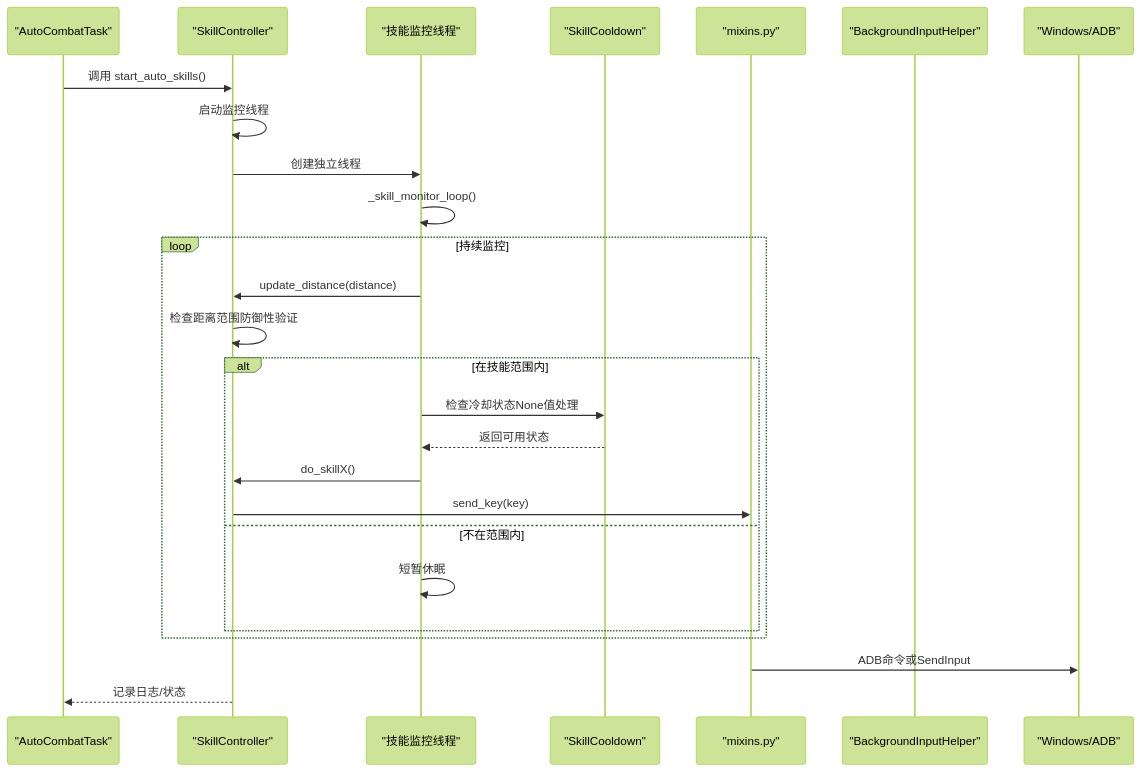
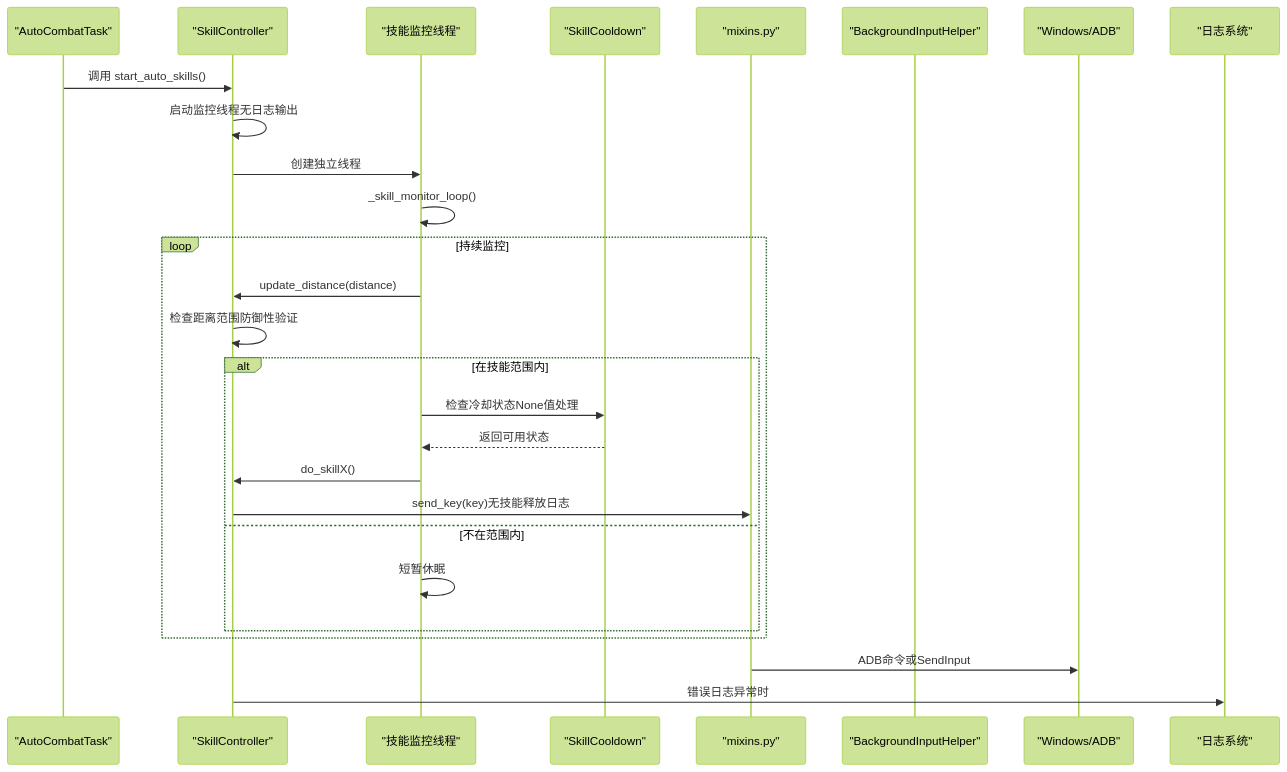
The second of 8 diagrams in .qoder/repowiki/zh/content/战斗系统/技能控制器.md (xsy098-max/ok-jump), drawn with Mermaid (forest theme) before and after one commit. The commit also changed other lines of this file and 14 other files, not shown here.

````diff
--- a/.qoder/repowiki/zh/content/战斗系统/技能控制器.md
+++ b/.qoder/repowiki/zh/content/战斗系统/技能控制器.md
@@ -146,28 +161,29 @@
 ```mermaid
 sequenceDiagram
 participant Task as "AutoCombatTask"
 participant SC as "SkillController"
 participant Thread as "技能监控线程"
 participant Cooldown as "SkillCooldown"
 participant Mix as "mixins.py"
 participant BIH as "BackgroundInputHelper"
 participant Win as "Windows/ADB"
+participant Log as "日志系统"
 Task->>SC : 调用 start_auto_skills()
-SC->>SC : 启动监控线程
+SC->>SC : 启动监控线程无日志输出
 SC->>Thread : 创建独立线程
 Thread->>Thread : _skill_monitor_loop()
 loop 持续监控
 Thread->>SC : update_distance(distance)
 SC->>SC : 检查距离范围防御性验证
 alt 在技能范围内
 Thread->>Cooldown : 检查冷却状态None值处理
 Cooldown-->>Thread : 返回可用状态
 Thread->>SC : do_skillX()
-SC->>Mix : send_key(key)
+SC->>Mix : send_key(key)无技能释放日志
 else 不在范围内
 Thread->>Thread : 短暂休眠
 end
 end
 Mix->>Win : ADB命令或SendInput
-SC-->>Task : 记录日志/状态
+SC->>Log : 错误日志异常时
 ```
````
